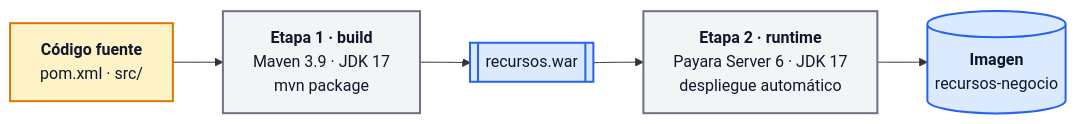
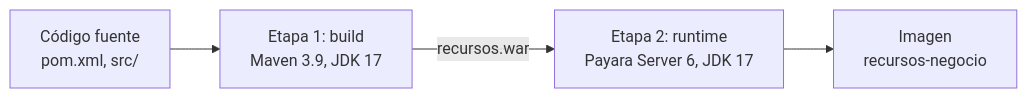
The eighth of 9 diagrams in docs/arquitectura.md (andreMD287/JEE-Negocio), drawn with Mermaid before and after one commit. The commit also changed other lines of this file and 2 other files, not shown here.

Commit message:
Documentación: diagramas en blanco y negro y evidencias resumidas

````diff
--- a/docs/arquitectura.md
+++ b/docs/arquitectura.md
@@ -432,14 +353,6 @@
 ```mermaid
 flowchart LR
-    classDef src fill:#FEF3C7,stroke:#D97706,stroke-width:2px,color:#0F172A
-    classDef stage fill:#F3F4F6,stroke:#6B7280,stroke-width:2px,color:#0F172A
-    classDef out fill:#DBEAFE,stroke:#2563EB,stroke-width:2px,color:#0F172A
-
-    SRC["<b>Código fuente</b><br/>pom.xml · src/"]:::src
-    B1["<b>Etapa 1 · build</b><br/>Maven 3.9 · JDK 17<br/>mvn package"]:::stage
-    WARF[["recursos.war"]]:::out
-    B2["<b>Etapa 2 · runtime</b><br/>Payara Server 6 · JDK 17<br/>despliegue automático"]:::stage
-    IMG[("<b>Imagen</b><br/>recursos-negocio")]:::out
-
-    SRC --> B1 --> WARF --> B2 --> IMG
+    SRC["Código fuente<br/>pom.xml, src/"] --> B1["Etapa 1: build<br/>Maven 3.9, JDK 17"]
+    B1 -->|recursos.war| B2["Etapa 2: runtime<br/>Payara Server 6, JDK 17"]
+    B2 --> IMG["Imagen<br/>recursos-negocio"]
 ```
````
